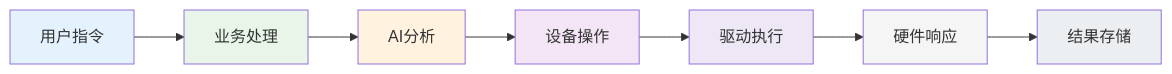
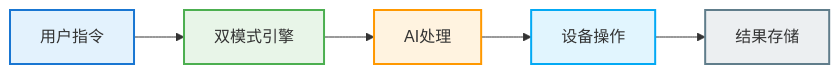
One commit to zhuozp/AI-UI- changed the third of 32 diagrams in 3.md. Above: the diagram before and after it, drawn with Mermaid. The commit also changed other lines of this file, not shown here.

````diff
--- a/3.md
+++ b/3.md
@@ -291,12 +219,10 @@
 ```mermaid
-graph LR
-    A[用户指令] --> B[业务处理] --> C[AI分析] --> D[设备操作] --> E[驱动执行] --> F[硬件响应] --> G[结果存储]
+flowchart LR
+    A[用户指令] --> B[双模式引擎] --> C[AI处理] --> D[设备操作] --> E[结果存储]
     
-    style A fill:#e3f2fd
-    style B fill:#e8f5e8  
-    style C fill:#fff3e0
-    style D fill:#f3e5f5
-    style E fill:#ede7f6
-    style F fill:#f5f5f5
-    style G fill:#eceff1
+    style A fill:#e3f2fd,stroke:#1976d2,stroke-width:2px
+    style B fill:#e8f5e8,stroke:#4caf50,stroke-width:2px
+    style C fill:#fff3e0,stroke:#ff9800,stroke-width:2px
+    style D fill:#e1f5fe,stroke:#03a9f4,stroke-width:2px
+    style E fill:#eceff1,stroke:#607d8b,stroke-width:2px
 ```
````
